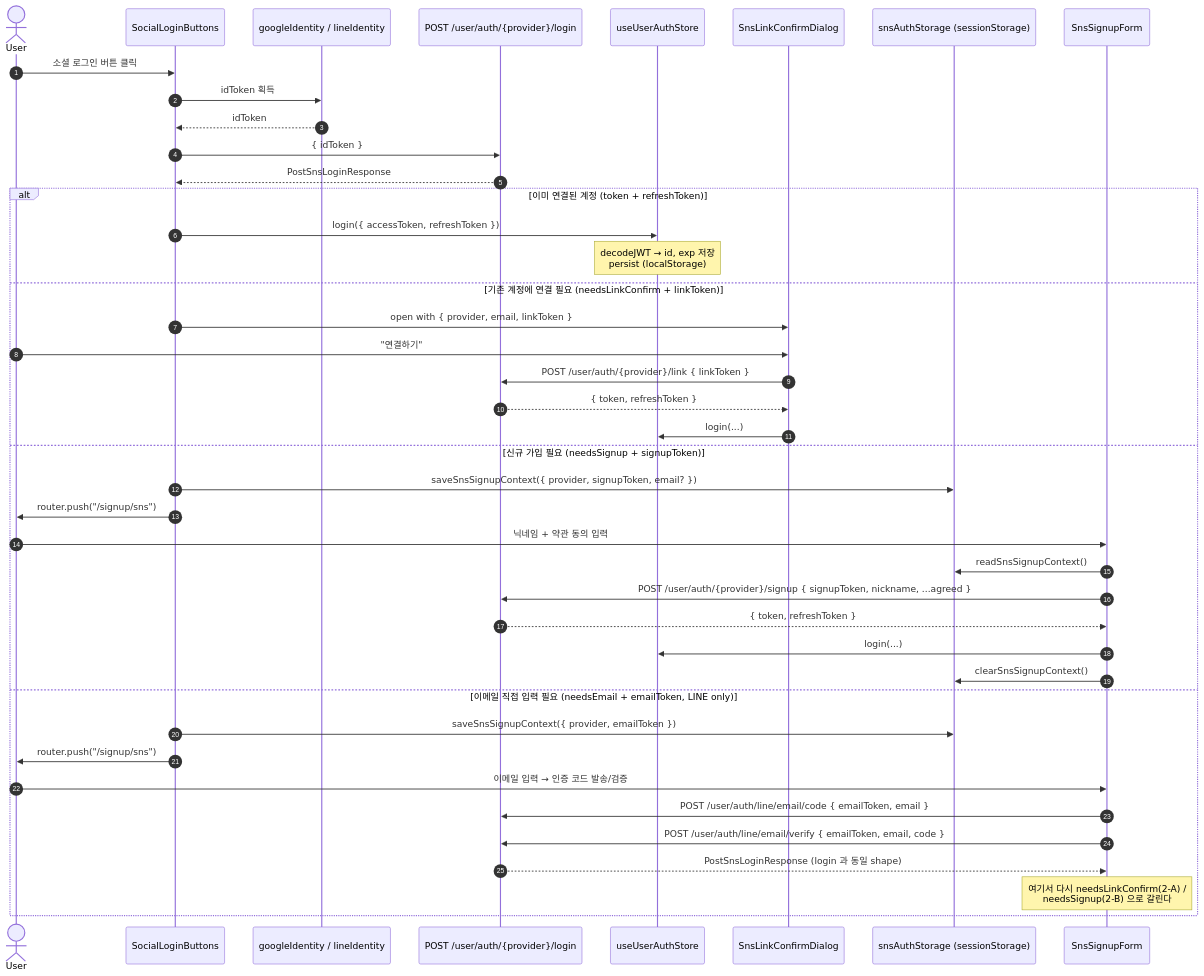
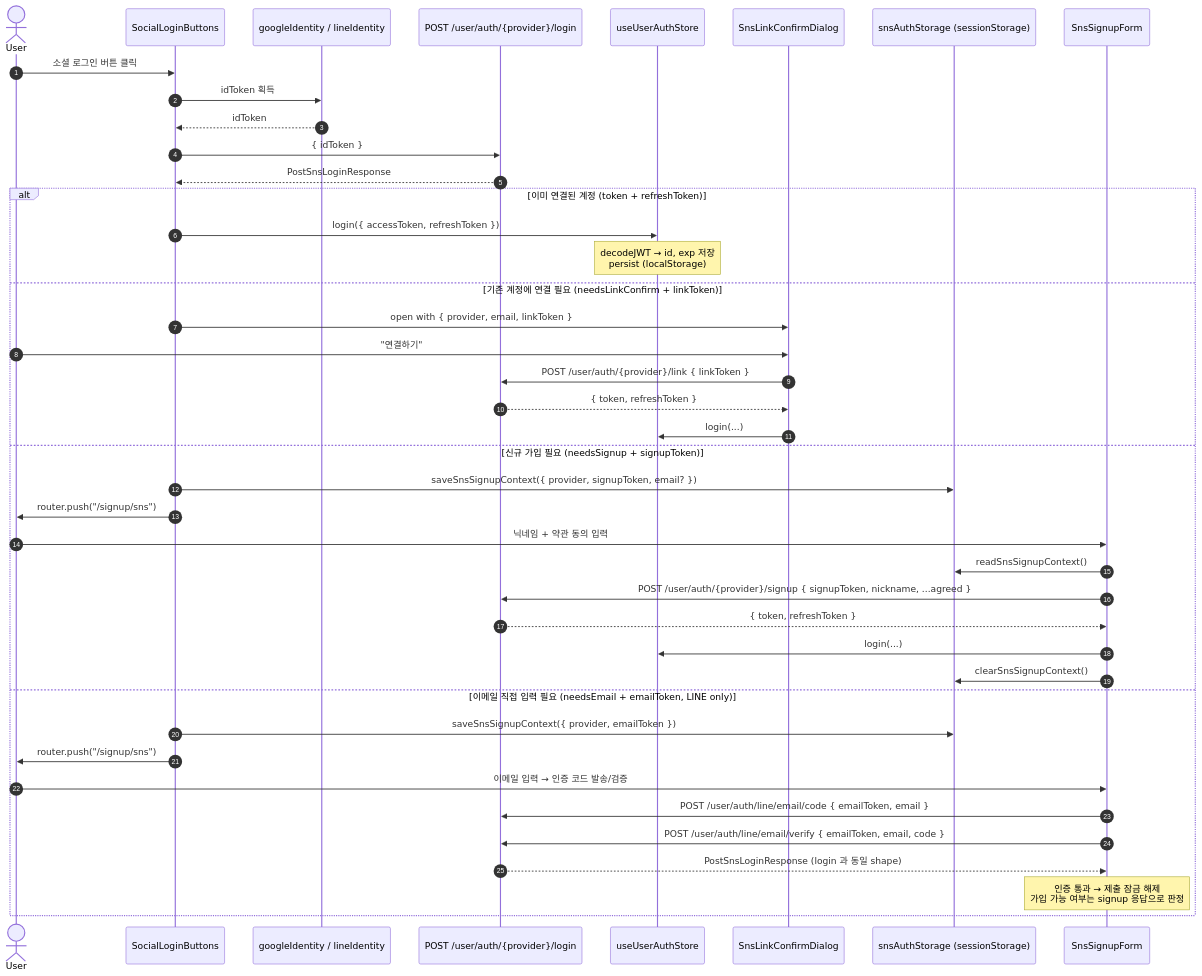
Before and after one commit to SeoulMomentTech/seoul-moment-fe: the diagram in .claude/references/sns-auth-flow.md, drawn with Mermaid. The commit also changed other lines of this file and 4 other files, not shown here.

````diff
--- a/.claude/references/sns-auth-flow.md
+++ b/.claude/references/sns-auth-flow.md
@@ -32,46 +32,46 @@
 ```mermaid
 sequenceDiagram
     autonumber
     actor U as User
     participant SB as SocialLoginButtons
     participant ID as googleIdentity / lineIdentity
     participant API as POST /user/auth/{provider}/login
     participant Store as useUserAuthStore
     participant Dlg as SnsLinkConfirmDialog
     participant SS as snsAuthStorage (sessionStorage)
     participant Form as SnsSignupForm
 
     U->>SB: 소셜 로그인 버튼 클릭
     SB->>ID: idToken 획득
     ID-->>SB: idToken
     SB->>API: { idToken }
     API-->>SB: PostSnsLoginResponse
 
     alt 이미 연결된 계정 (token + refreshToken)
         SB->>Store: login({ accessToken, refreshToken })
         Note over Store: decodeJWT → id, exp 저장<br/>persist (localStorage)
     else 기존 계정에 연결 필요 (needsLinkConfirm + linkToken)
         SB->>Dlg: open with { provider, email, linkToken }
         U->>Dlg: "연결하기"
         Dlg->>API: POST /user/auth/{provider}/link { linkToken }
         API-->>Dlg: { token, refreshToken }
         Dlg->>Store: login(...)
     else 신규 가입 필요 (needsSignup + signupToken)
         SB->>SS: saveSnsSignupContext({ provider, signupToken, email? })
         SB->>U: router.push("/signup/sns")
         U->>Form: 닉네임 + 약관 동의 입력
         Form->>SS: readSnsSignupContext()
         Form->>API: POST /user/auth/{provider}/signup { signupToken, nickname, ...agreed }
         API-->>Form: { token, refreshToken }
         Form->>Store: login(...)
         Form->>SS: clearSnsSignupContext()
     else 이메일 직접 입력 필요 (needsEmail + emailToken, LINE only)
         SB->>SS: saveSnsSignupContext({ provider, emailToken })
         SB->>U: router.push("/signup/sns")
         U->>Form: 이메일 입력 → 인증 코드 발송/검증
         Form->>API: POST /user/auth/line/email/code { emailToken, email }
         Form->>API: POST /user/auth/line/email/verify { emailToken, email, code }
         API-->>Form: PostSnsLoginResponse (login 과 동일 shape)
-        Note over Form: 여기서 다시 needsLinkConfirm(2-A) /<br/>needsSignup(2-B) 으로 갈린다
+        Note over Form: 인증 통과 → 제출 잠금 해제<br/>가입 가능 여부는 signup 응답으로 판정
     end
 ```
````
